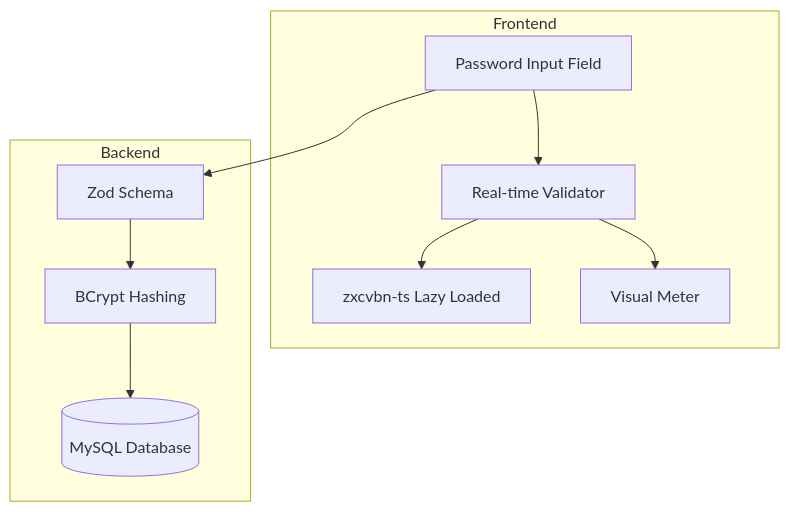
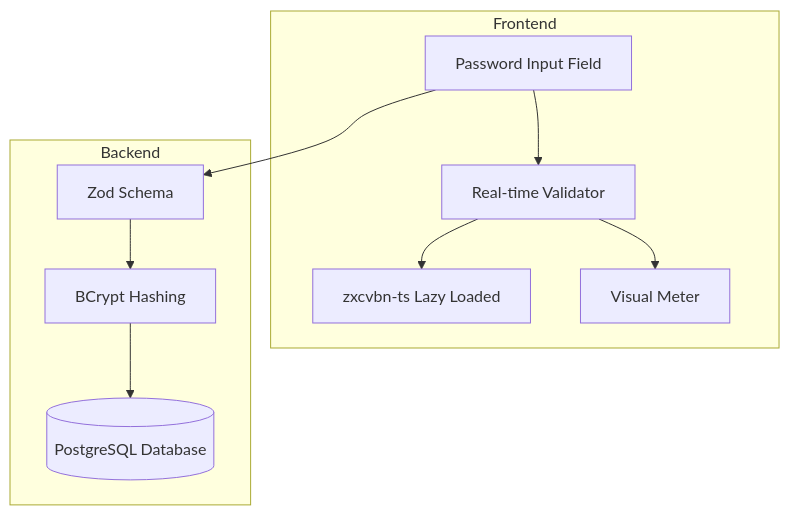
Before and after one commit to assixx/assixx: the diagram in docs/PASSWORD-VALIDATION-SYSTEM.md, drawn with Mermaid. The commit also changed other lines of this file and 43 other files, not shown here.

````diff
--- a/docs/PASSWORD-VALIDATION-SYSTEM.md
+++ b/docs/PASSWORD-VALIDATION-SYSTEM.md
@@ -80,22 +80,22 @@
 ```mermaid
 graph TB
     subgraph Frontend
         UI[Password Input Field]
         RT[Real-time Validator]
         ZX[zxcvbn-ts Lazy Loaded]
         VM[Visual Meter]
     end
 
     subgraph Backend
         ZS[Zod Schema]
         BC[BCrypt Hashing]
-        DB[(MySQL Database)]
+        DB[(PostgreSQL Database)]
     end
 
     UI --> RT
     RT --> ZX
     RT --> VM
     UI --> ZS
     ZS --> BC
     BC --> DB
 ```
````
